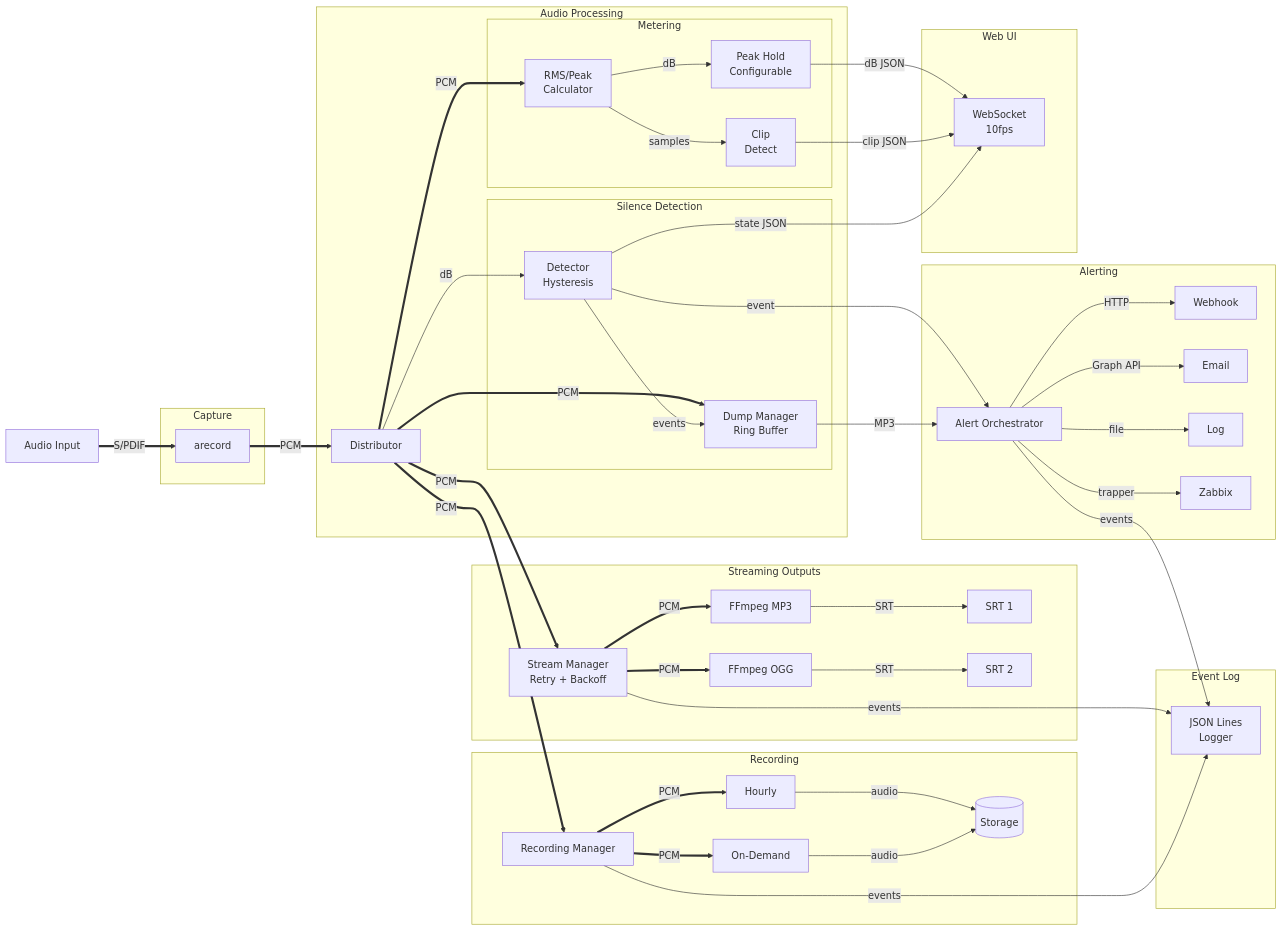
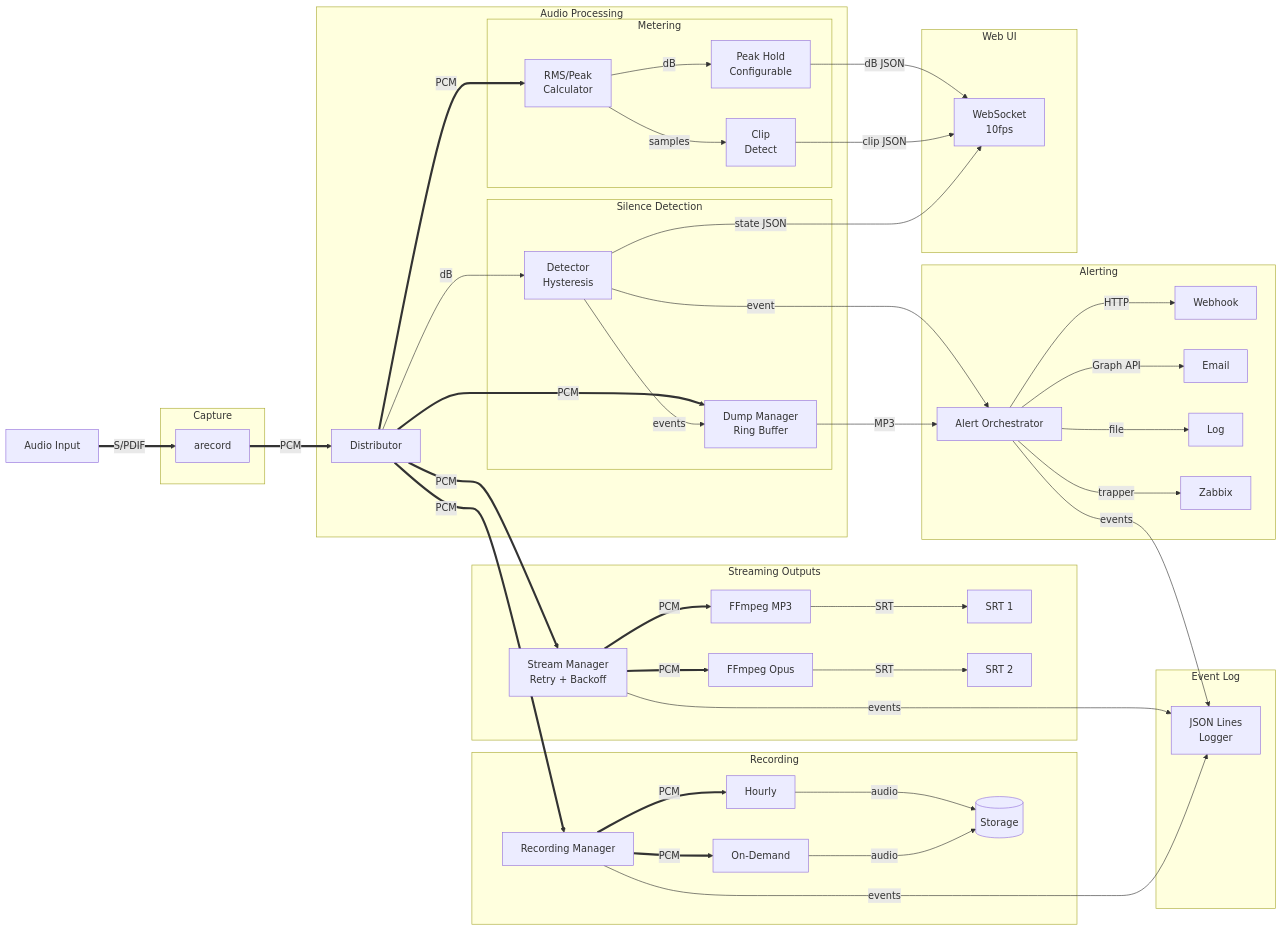
Before and after one commit to oszuidwest/zwfm-encoder: the diagram in README.md, drawn with Mermaid. The commit also changed other lines of this file and 11 other files, not shown here.

```diff
--- a/README.md
+++ b/README.md
@@ -232,7 +232,7 @@
     subgraph Outputs["Streaming Outputs"]
         OM[Stream Manager<br>Retry + Backoff]
         F1[FFmpeg MP3]
-        F2[FFmpeg OGG]
+        F2[FFmpeg Opus]
         S1[SRT 1]
         S2[SRT 2]
     end
```
